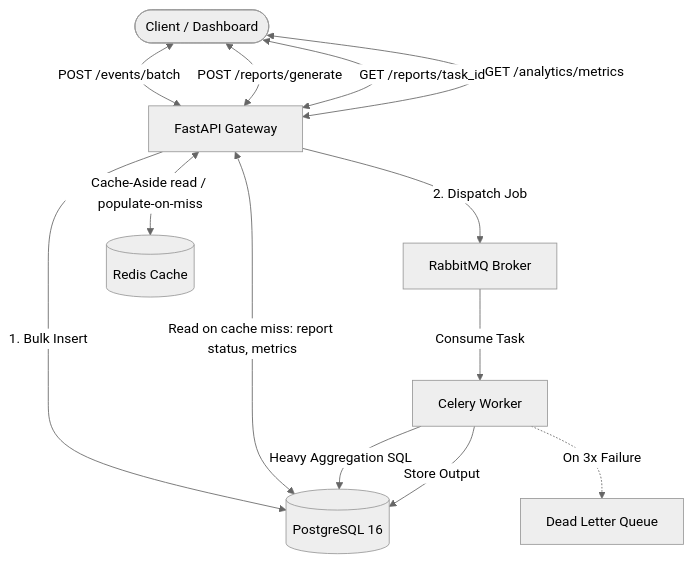
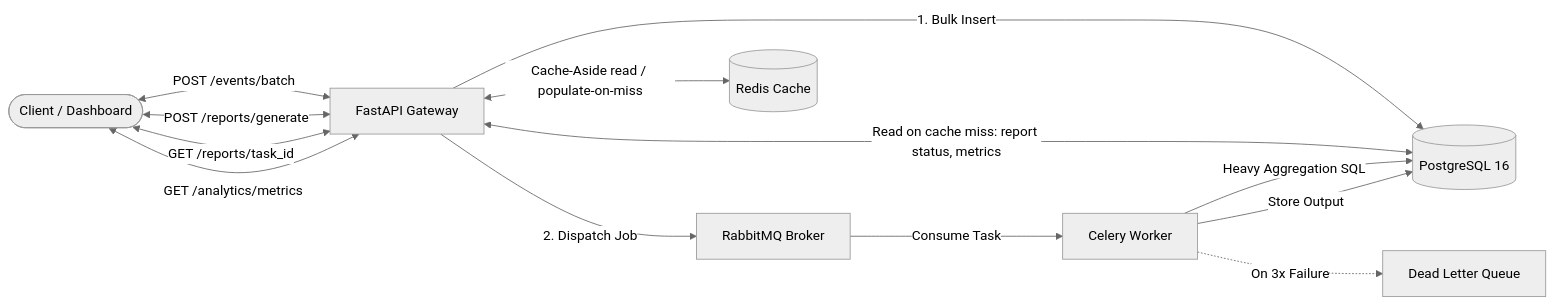
One commit to Avrhambi/async-report-engine changed the diagram in README.md. Above: the diagram before and after it, drawn with Mermaid (neutral theme).

Commit message:
readme: switch system diagram to LR layout to stop right-side node overlap

````diff
--- a/README.md
+++ b/README.md
@@ -18,17 +18,17 @@
 ```mermaid
-flowchart TD
+flowchart LR
     Client([Client / Dashboard]) <-->|POST /events/batch| API[FastAPI Gateway]
     Client <-->|POST /reports/generate| API
     Client <-->|GET /reports/task_id| API
     Client <-->|GET /analytics/metrics| API
 
     API -->|1. Bulk Insert| DB[(PostgreSQL 16)]
     API -->|2. Dispatch Job| RMQ[RabbitMQ Broker]
     API <-->|Cache-Aside read / populate-on-miss| REDIS[(Redis Cache)]
     API <-->|Read on cache miss: report status, metrics| DB
 
     RMQ -->|Consume Task| WORKER[Celery Worker]
     WORKER -->|Heavy Aggregation SQL| DB
     WORKER -->|Store Output| DB
     WORKER -.->|On 3x Failure| DLQ[Dead Letter Queue]
 ```
````
